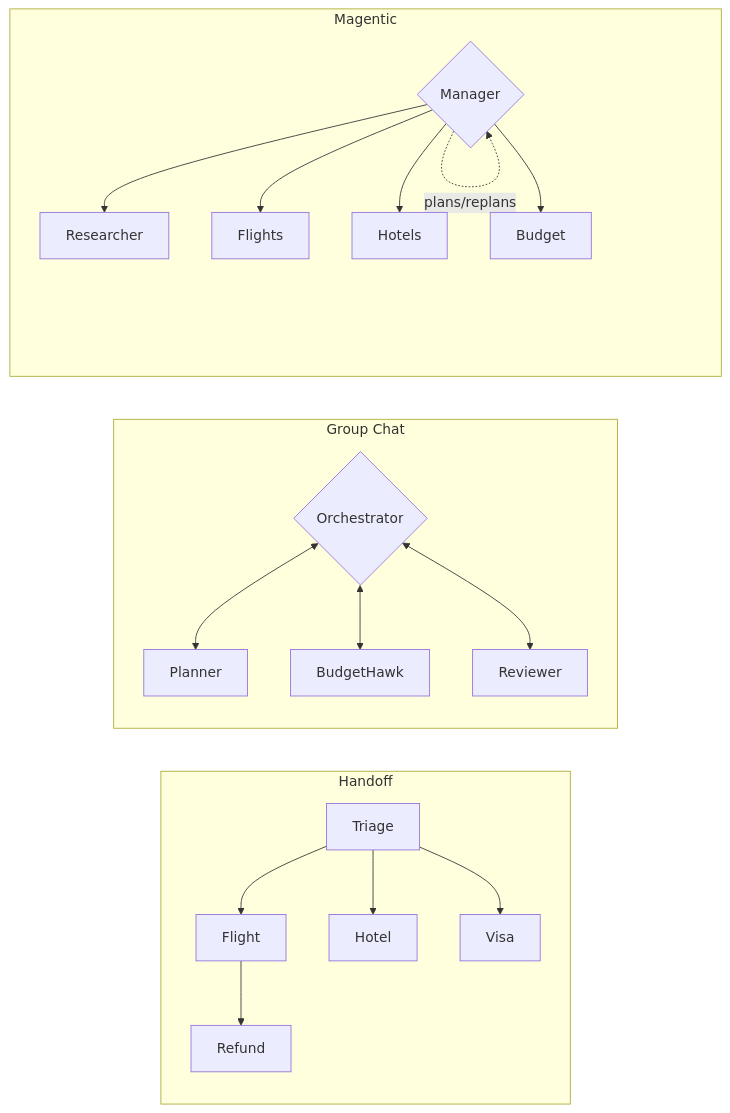
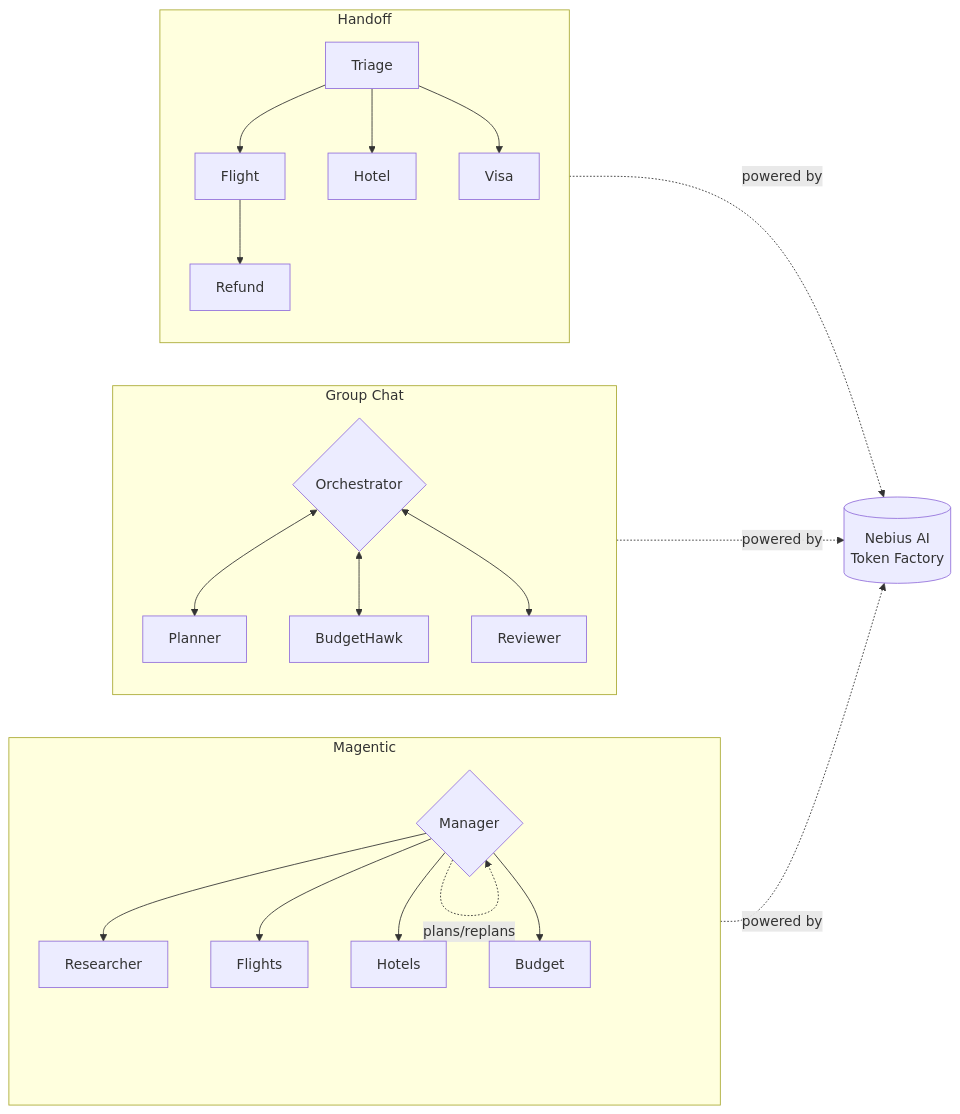
One commit to Arindam200/awesome-ai-apps changed the second of 2 diagrams in starter_ai_agents/microsoft_agents_starter/README.md. Above: the diagram before and after it, drawn with Mermaid. The commit also changed other lines of this file and 27 other files, not shown here.

Commit message:
Added Nebius Token Factory and updated all model using api.tokenfactory.nebius.com

````diff
--- a/starter_ai_agents/microsoft_agents_starter/README.md
+++ b/starter_ai_agents/microsoft_agents_starter/README.md
@@ -110,21 +147,24 @@
 ```mermaid
 flowchart LR
     subgraph HAND[Handoff]
         h0[Triage] --> h1[Flight]
         h0 --> h2[Hotel]
         h0 --> h3[Visa]
         h1 --> h4[Refund]
     end
     subgraph GC[Group Chat]
         orch{Orchestrator} <--> g1[Planner]
         orch <--> g2[BudgetHawk]
         orch <--> g3[Reviewer]
     end
     subgraph MAG[Magentic]
         m{Manager} --> m1[Researcher]
         m --> m2[Flights]
         m --> m3[Hotels]
         m --> m4[Budget]
         m -.plans/replans.-> m
     end
+    HAND -.powered by.-> NEB[(Nebius AI<br/>Token Factory)]
+    GC -.powered by.-> NEB
+    MAG -.powered by.-> NEB
 ```
````
